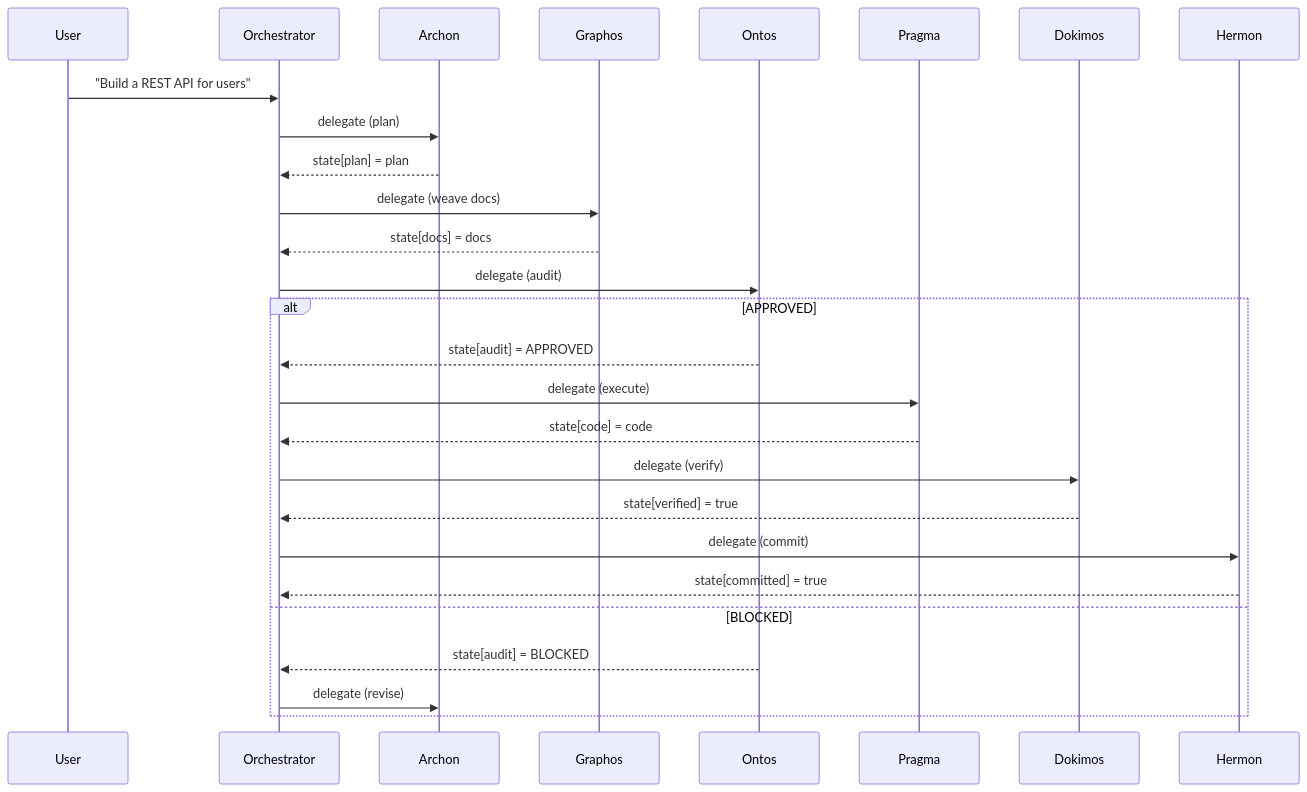
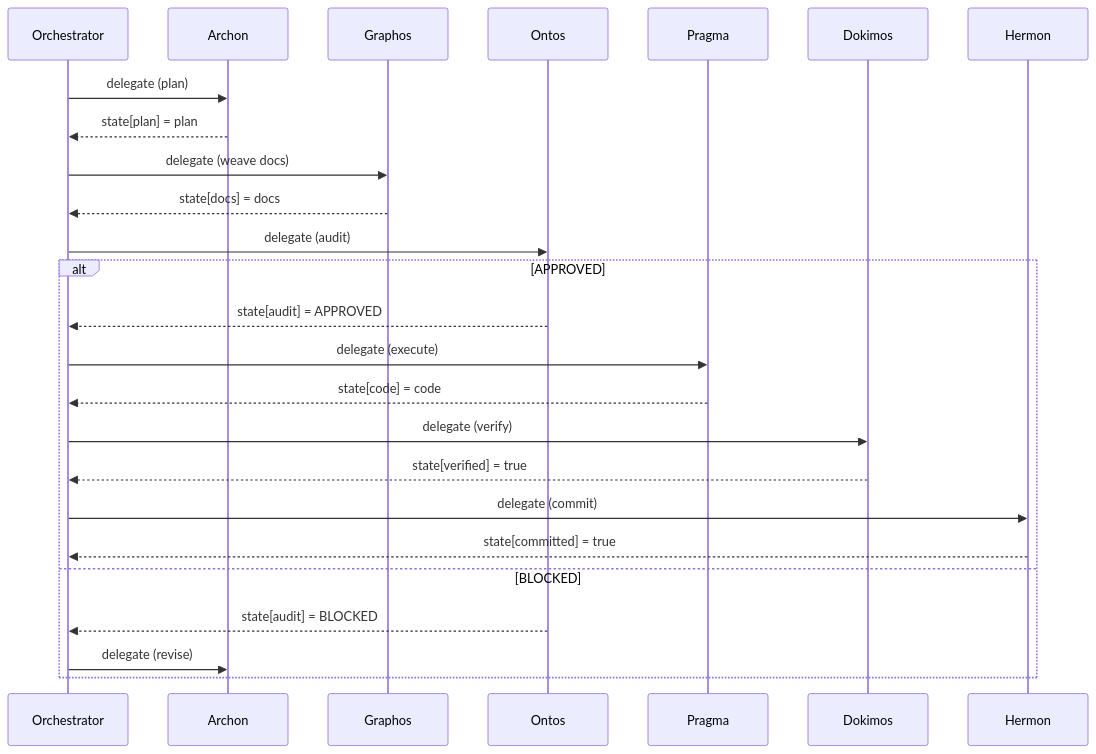
Before and after one commit to ancrz/sdk-agent-pipeline: the second of 4 diagrams in README.md, drawn with Mermaid. The commit also changed other lines of this file, not shown here.

Commit message:
docs(core): perfectly align SDK README with V2 6-stage architecture and MVP Docs

````diff
--- a/README.md
+++ b/README.md
@@ -54,30 +67,28 @@
 ```mermaid
 sequenceDiagram
-    participant U as User
     participant O as Orchestrator
     participant A as Archon
     participant G as Graphos
     participant N as Ontos
     participant P as Pragma
     participant D as Dokimos
     participant H as Hermon
 
-    U->>O: "Build a REST API for users"
     O->>A: delegate (plan)
     A-->>O: state[plan] = plan
     O->>G: delegate (weave docs)
     G-->>O: state[docs] = docs
     O->>N: delegate (audit)
     alt APPROVED
         N-->>O: state[audit] = APPROVED
         O->>P: delegate (execute)
         P-->>O: state[code] = code
         O->>D: delegate (verify)
         D-->>O: state[verified] = true
         O->>H: delegate (commit)
         H-->>O: state[committed] = true
     else BLOCKED
         N-->>O: state[audit] = BLOCKED
         O->>A: delegate (revise)
     end
 ```
````
